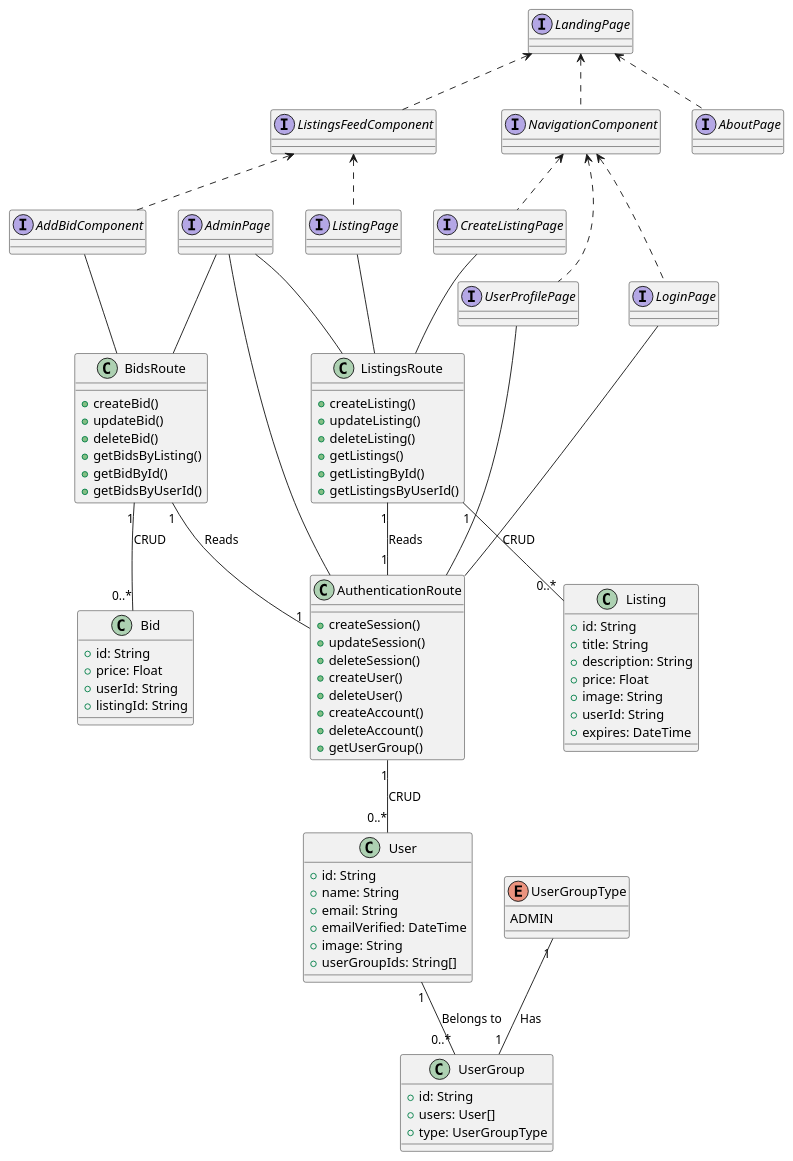
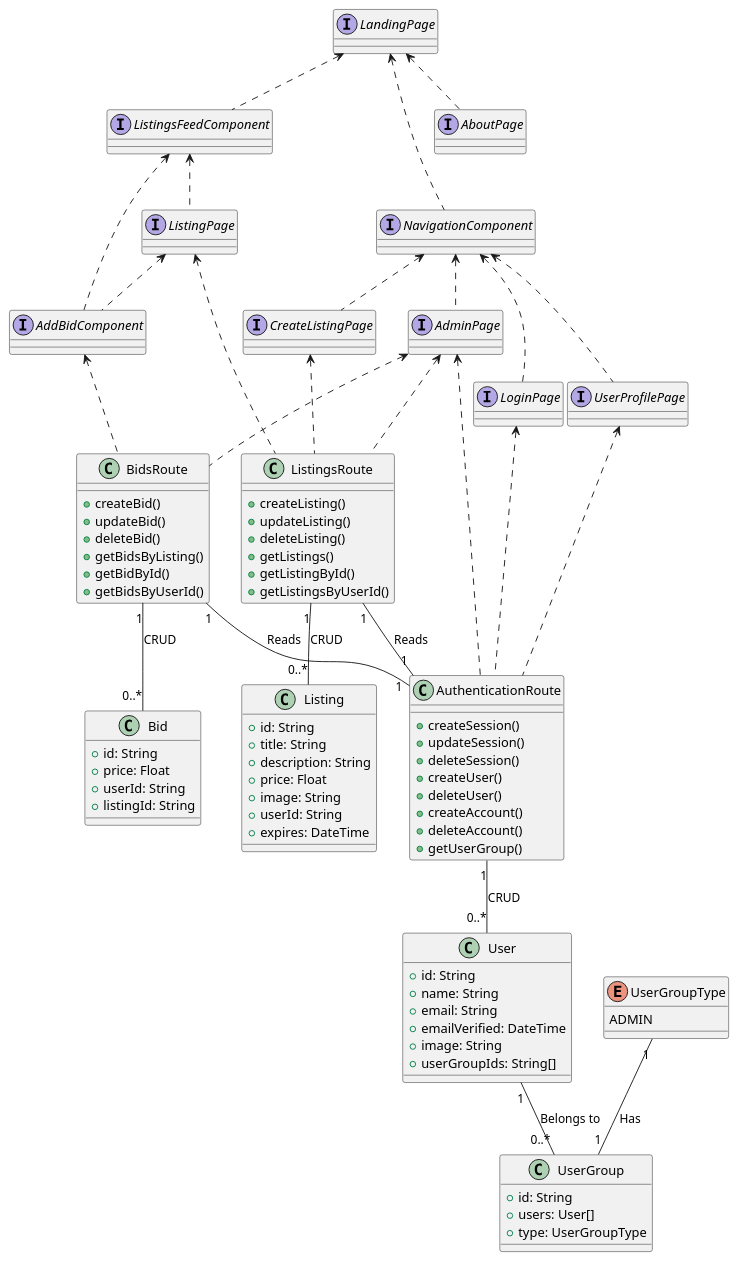
Before and after one commit to martinmiglio/CS471-Project: the diagram in uml/class_diagram.puml, drawn with PlantUML.

Commit message:
update dependencies to controllers

```diff
--- a/uml/class_diagram.puml
+++ b/uml/class_diagram.puml
@@ -1,149 +1,150 @@
 @startuml ClassDiagram
 
 ' class Account {
 '   +id: String
 '   +userId: String
 '   +type: String
 '   +provider: String
 '   +providerAccountId: String
 '   +refresh_token: String
 '   +access_token: String
 '   +expires_at: Int
 '   +token_type: String
 '   +scope: String
 '   +id_token: String
 '   +session_state: String
 ' }
 
 ' class Session {
 '   +id: String
 '   +sessionToken: String
 '   +userId: String
 '   +expires: DateTime
 ' }
 
 class User {
   +id: String
   +name: String
   +email: String
   +emailVerified: DateTime
   +image: String
   +userGroupIds: String[]
 }
 
 class Listing {
   +id: String
   +title: String
   +description: String
   +price: Float
   +image: String
   +userId: String
 '   +status: String
   +expires: DateTime
 }
 
 class Bid {
   +id: String
   +price: Float
   +userId: String
   +listingId: String
 }
 enum UserGroupType {
   ADMIN
 }
 
 class UserGroup {
   +id: String
   +users: User[]
   +type: UserGroupType
 }
 
 ' associations between entities
 UserGroupType "1" -- "1" UserGroup : Has
 ' User "1" -- "0..*" Session : Logs in
 ' User "1" -- "1..*" Account : Has
 User "1" -- "0..*" UserGroup : Belongs to
 
 
 
 class ListingsRoute {
   +createListing()
   +updateListing()
   +deleteListing()
   +getListings()
   +getListingById()
   +getListingsByUserId()
 }
 
 class AuthenticationRoute {
   +createSession()
   +updateSession()
   +deleteSession()
   +createUser()
   +deleteUser()
   +createAccount()
   +deleteAccount()
   +getUserGroup()
 }
 
 class BidsRoute {
   +createBid()
   +updateBid()
   +deleteBid()
   +getBidsByListing()
   +getBidById()
   +getBidsByUserId()
 }
 
 ' associations between routes and entities
 ' AuthenticationRoute "1" -- "0..*" Session : CRUD
 AuthenticationRoute "1" -- "0..*" User : CRUD
 ' AuthenticationRoute "1" -- "0..*" Account : CRUD
 
 ListingsRoute "1" -- "0..*" Listing : CRUD
 ListingsRoute "1" -- "1" AuthenticationRoute : Reads
 
 BidsRoute "1" -- "0..*" Bid : CRUD
 BidsRoute "1" -- "1" AuthenticationRoute : Reads
 
 
 interface LandingPage
 interface AboutPage
 interface LoginPage
 interface ListingPage
 interface CreateListingPage
 interface UserProfilePage
 interface AdminPage
 interface NavigationComponent
 interface ListingsFeedComponent
 interface AddBidComponent
 
 
 ' dependency graph of pages and components
 LandingPage <.. AboutPage
 LandingPage <.. NavigationComponent
 LandingPage <.. ListingsFeedComponent
 
 NavigationComponent <.. LoginPage
 NavigationComponent <.. CreateListingPage
 NavigationComponent <.. UserProfilePage
+NavigationComponent <.. AdminPage
 
 ListingsFeedComponent <.. AddBidComponent
 ListingsFeedComponent <.. ListingPage
 
-
+ListingPage <.. AddBidComponent
 ' these are the routes that the pages and components are connected to
 ' these connections im unsure of how to represent
-LoginPage -- AuthenticationRoute
-ListingPage -- ListingsRoute
-CreateListingPage -- ListingsRoute
-UserProfilePage -- AuthenticationRoute
-AdminPage -- AuthenticationRoute
-AdminPage -- ListingsRoute
-AdminPage -- BidsRoute
-AddBidComponent -- BidsRoute
+LoginPage <.. AuthenticationRoute
+ListingPage <.. ListingsRoute
+CreateListingPage <.. ListingsRoute
+UserProfilePage <.. AuthenticationRoute
+AdminPage <.. AuthenticationRoute
+AdminPage <.. ListingsRoute
+AdminPage <.. BidsRoute
+AddBidComponent <.. BidsRoute
 
 
 
 
 @enduml
```
